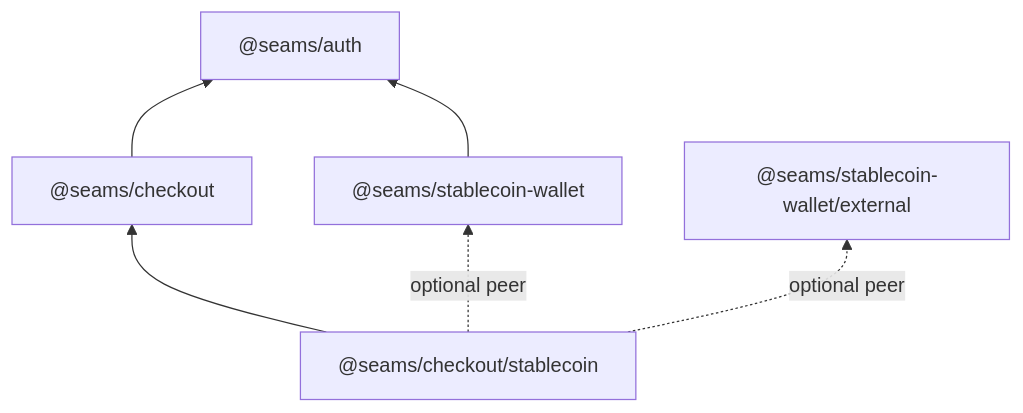
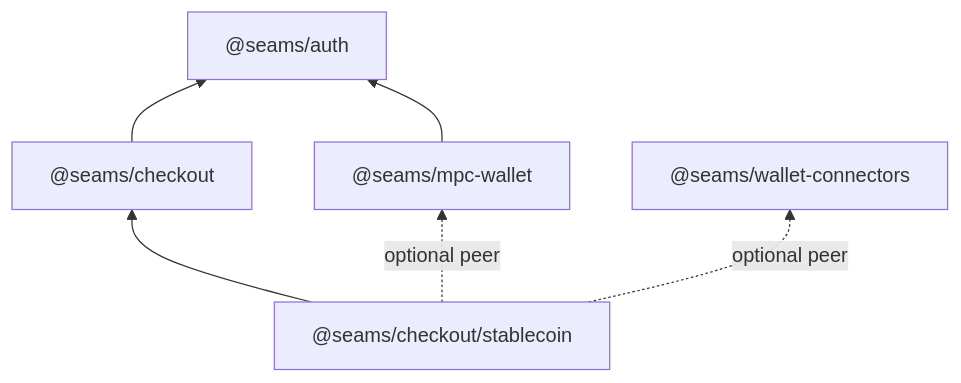
The first of 3 diagrams in docs/refactor-250-seams-checkout.md (seams-tech/seams-wallet), drawn with Mermaid before and after one commit. The commit also changed other lines of this file and 1 other file, not shown here.

Commit message:
Plan: name the wallet packages mpc-wallet and wallet-connectors; auth runs in the account iframe

````diff
--- a/docs/refactor-250-seams-checkout.md
+++ b/docs/refactor-250-seams-checkout.md
@@ -211,9 +213,9 @@
 ```mermaid
 flowchart BT
     Auth["@seams/auth"]
     Checkout["@seams/checkout"] --> Auth
     Plugin["@seams/checkout/stablecoin"] --> Checkout
-    Plugin -. optional peer .-> Wallet["@seams/stablecoin-wallet"]
-    Plugin -. optional peer .-> External["@seams/stablecoin-wallet/external"]
+    Plugin -. optional peer .-> Wallet["@seams/mpc-wallet"]
+    Plugin -. optional peer .-> External["@seams/wallet-connectors"]
     Wallet --> Auth
 ```
````
